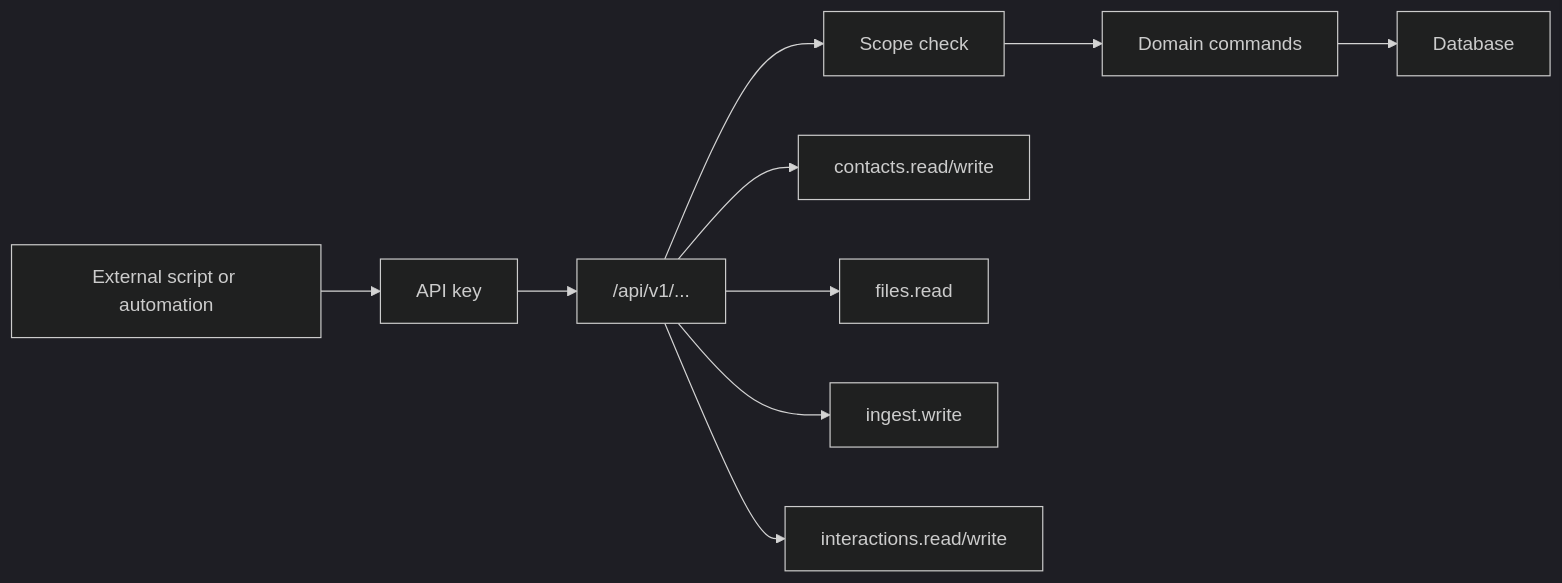
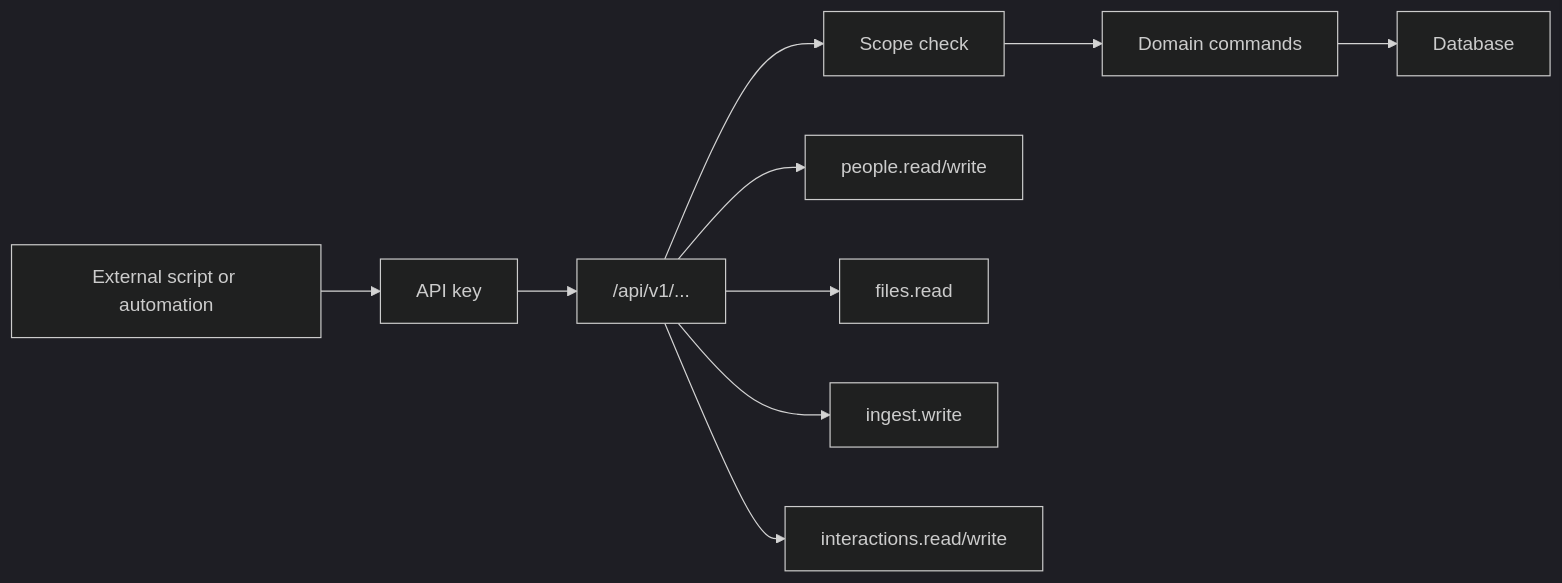
Before and after one commit to josephdfryer/life-os: the ninth of 15 diagrams in docs/PERSONS_ARCHITECTURE.md, drawn with Mermaid (dark theme). The commit also changed other lines of this file and 39 other files, not shown here.

````diff
--- a/docs/PERSONS_ARCHITECTURE.md
+++ b/docs/PERSONS_ARCHITECTURE.md
@@ -216,13 +240,13 @@
 ```mermaid
 flowchart LR
   Script["External script or automation"] --> Key["API key"]
   Key --> V1["/api/v1/..."]
   V1 --> Scope["Scope check"]
   Scope --> Domain["Domain commands"]
   Domain --> DB["Database"]
 
-  V1 --> Contacts["contacts.read/write"]
+  V1 --> PeopleScope["people.read/write"]
   V1 --> Files["files.read"]
   V1 --> Ingest["ingest.write"]
   V1 --> Interactions["interactions.read/write"]
 ```
````
